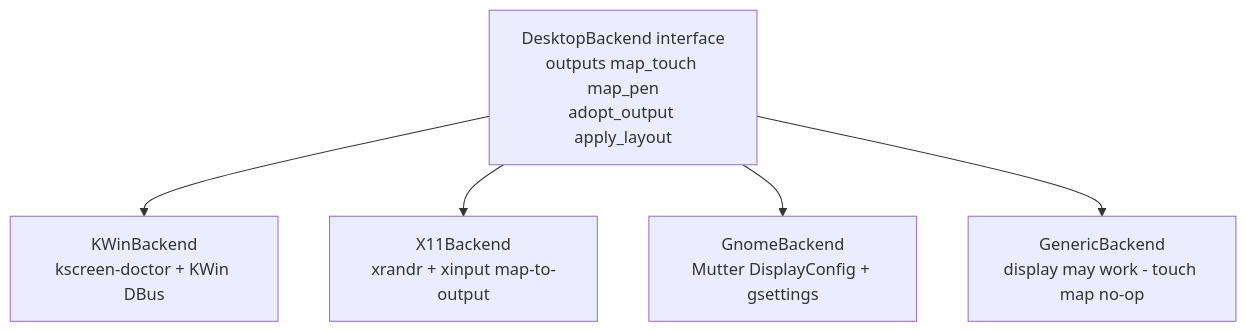
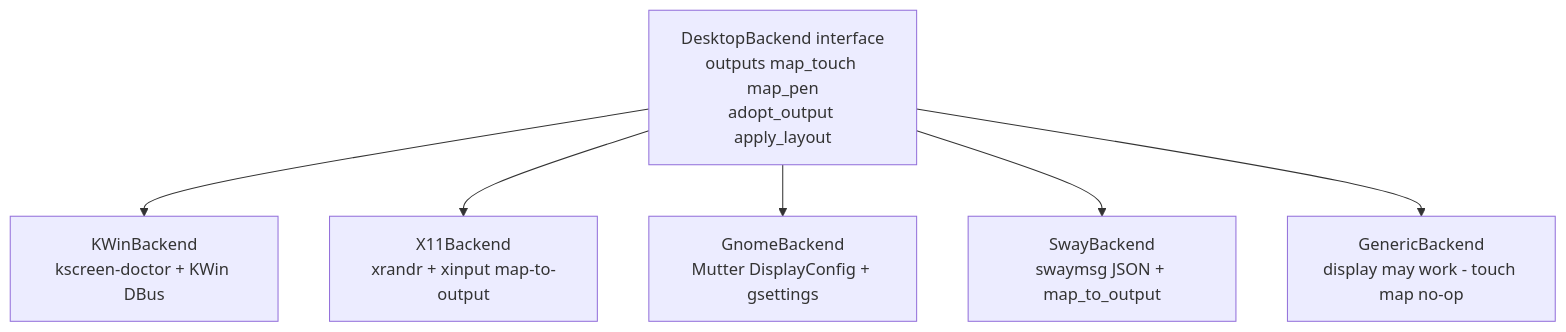
The eighth of 10 diagrams in docs/ARCHITECTURE.md (Spinjitsudoom/droppix), drawn with Mermaid before and after one commit. The commit also changed other lines of this file and 18 other files, not shown here.

First line of the commit message:
feat(host): Sway backend; stop treating Sway-on-wayland-1 as X11

````diff
--- a/docs/ARCHITECTURE.md
+++ b/docs/ARCHITECTURE.md
@@ -214,8 +214,9 @@
 ```mermaid
 graph TB
     IFACE["DesktopBackend interface<br/>outputs map_touch map_pen<br/>adopt_output apply_layout"]
     IFACE --> KWIN["KWinBackend<br/>kscreen-doctor + KWin DBus"]
     IFACE --> X11["X11Backend<br/>xrandr + xinput map-to-output"]
     IFACE --> GNOME["GnomeBackend<br/>Mutter DisplayConfig + gsettings"]
+    IFACE --> SWAY["SwayBackend<br/>swaymsg JSON + map_to_output"]
     IFACE --> GEN["GenericBackend<br/>display may work - touch map no-op"]
 ```
````
